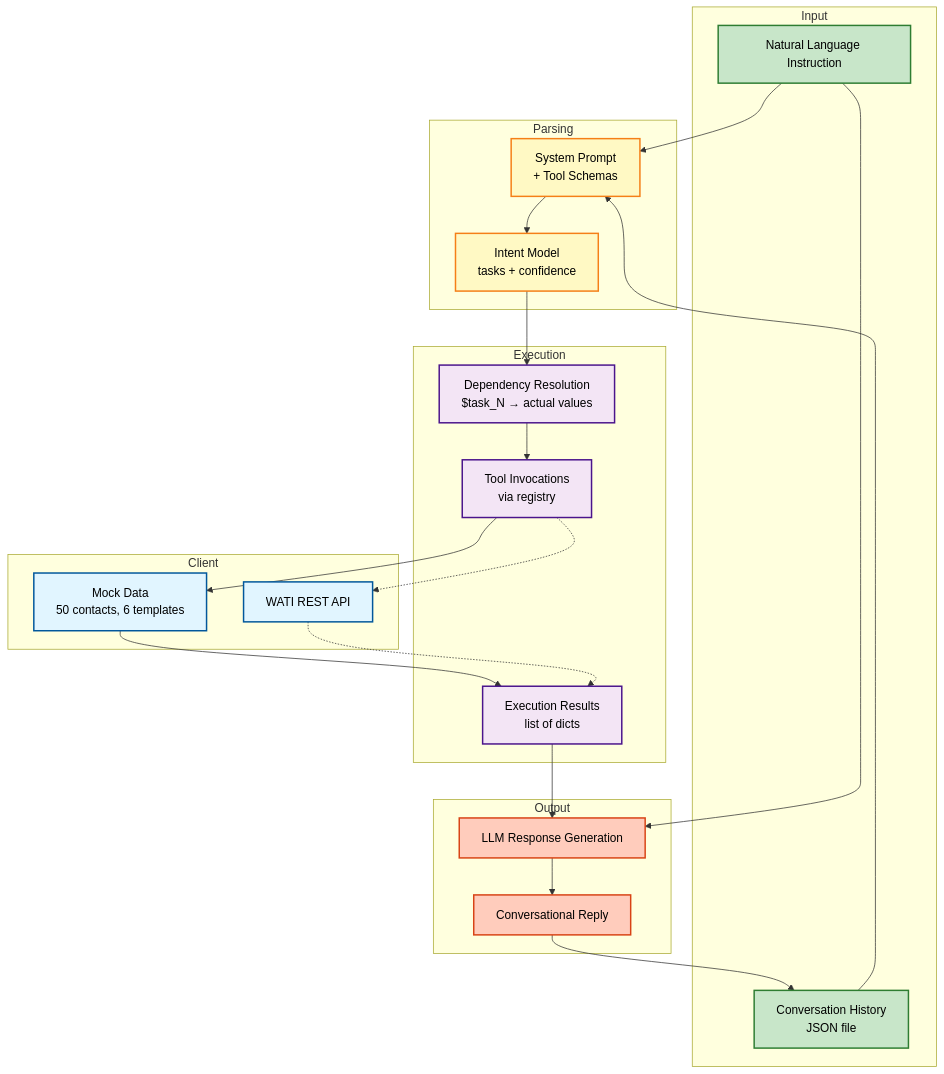
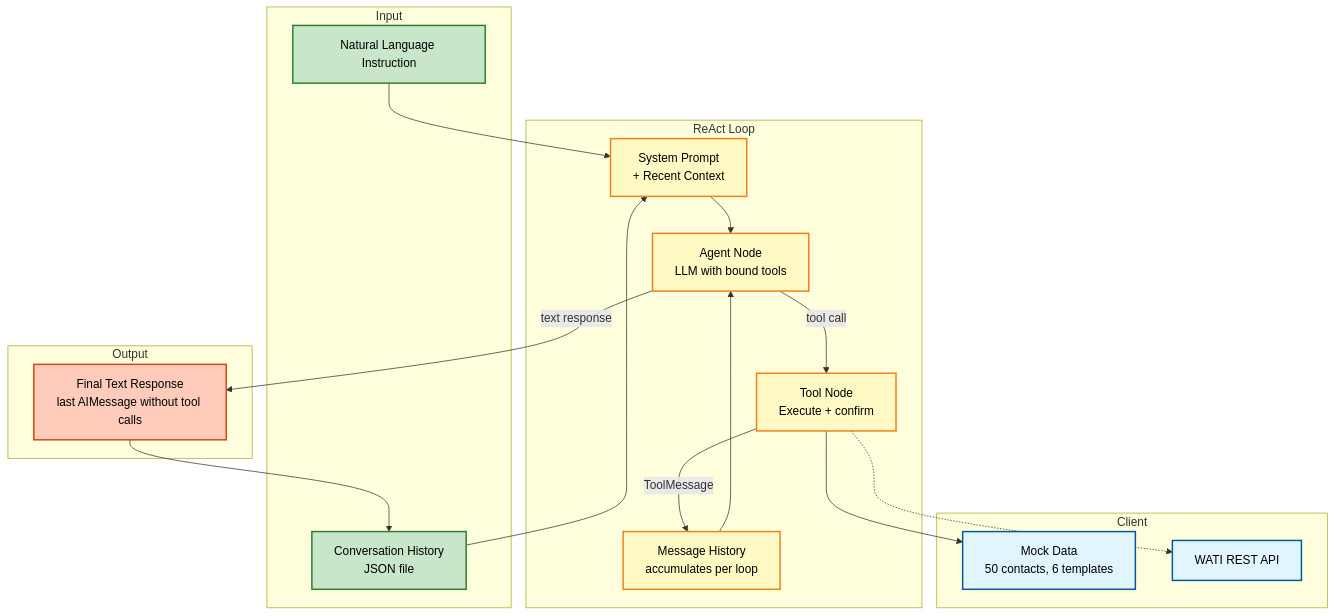
The fifth of 6 diagrams in docs/architecture.md (BESTBBZED/wati-conductor), drawn with Mermaid before and after one commit. The commit also changed other lines of this file and 18 other files, not shown here.

````diff
--- a/docs/architecture.md
+++ b/docs/architecture.md
@@ -175,54 +188,44 @@
 ```mermaid
 graph TD
     subgraph Input
         NL[Natural Language Instruction]
         HIST[Conversation History<br/>JSON file]
     end
 
-    subgraph Parsing
-        PROMPT[System Prompt<br/>+ Tool Schemas]
-        INTENT[Intent Model<br/>tasks + confidence]
-    end
-
-    subgraph Execution
-        RESOLVE[Dependency Resolution<br/>$task_N → actual values]
-        TOOLS[Tool Invocations<br/>via registry]
-        RESULTS[Execution Results<br/>list of dicts]
+    subgraph ReAct Loop
+        SYS[System Prompt<br/>+ Recent Context]
+        AGENT[Agent Node<br/>LLM with bound tools]
+        TOOL_EXEC[Tool Node<br/>Execute + confirm]
+        MSGS[Message History<br/>accumulates per loop]
     end
 
     subgraph Client
         MOCK_DATA[Mock Data<br/>50 contacts, 6 templates]
         WATI_API[WATI REST API]
     end
 
     subgraph Output
-        LLM_RESP[LLM Response Generation]
-        FINAL[Conversational Reply]
+        FINAL[Final Text Response<br/>last AIMessage without tool calls]
     end
 
-    NL --> PROMPT
-    HIST --> PROMPT
-    PROMPT --> INTENT
-    INTENT --> RESOLVE
-    RESOLVE --> TOOLS
-    TOOLS --> MOCK_DATA
-    TOOLS -.-> WATI_API
-    MOCK_DATA --> RESULTS
-    WATI_API -.-> RESULTS
-    RESULTS --> LLM_RESP
-    NL --> LLM_RESP
-    LLM_RESP --> FINAL
+    NL --> SYS
+    HIST --> SYS
+    SYS --> AGENT
+    AGENT -->|tool call| TOOL_EXEC
+    TOOL_EXEC -->|ToolMessage| MSGS
+    MSGS --> AGENT
+    TOOL_EXEC --> MOCK_DATA
+    TOOL_EXEC -.-> WATI_API
+    AGENT -->|text response| FINAL
     FINAL --> HIST
 
     classDef input fill:#c8e6c9,stroke:#2e7d32,stroke-width:2px,color:#000
-    classDef parse fill:#fff9c4,stroke:#f57f17,stroke-width:2px,color:#000
-    classDef exec fill:#f3e5f5,stroke:#4a148c,stroke-width:2px,color:#000
+    classDef react fill:#fff9c4,stroke:#f57f17,stroke-width:2px,color:#000
     classDef client fill:#e1f5ff,stroke:#01579b,stroke-width:2px,color:#000
     classDef output fill:#ffccbc,stroke:#d84315,stroke-width:2px,color:#000
 
     class NL,HIST input
-    class PROMPT,INTENT parse
-    class RESOLVE,TOOLS,RESULTS exec
+    class SYS,AGENT,TOOL_EXEC,MSGS react
     class MOCK_DATA,WATI_API client
-    class LLM_RESP,FINAL output
+    class FINAL output
 ```
````
